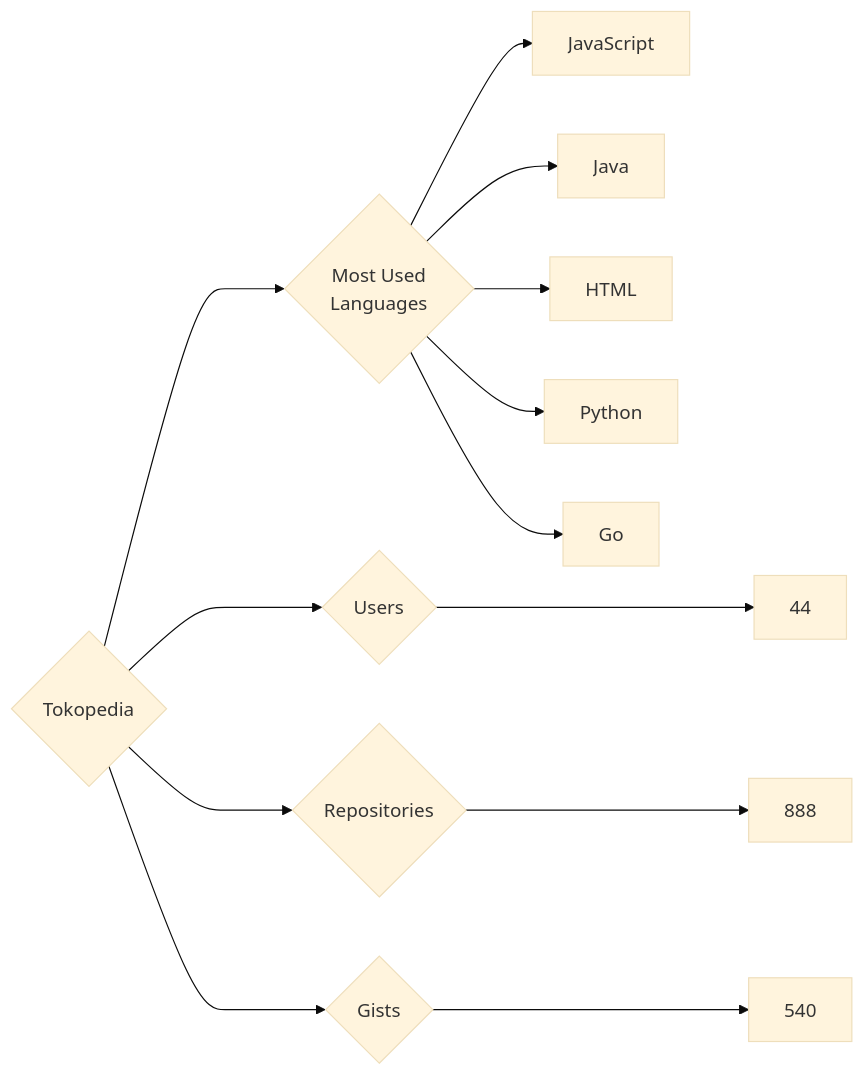
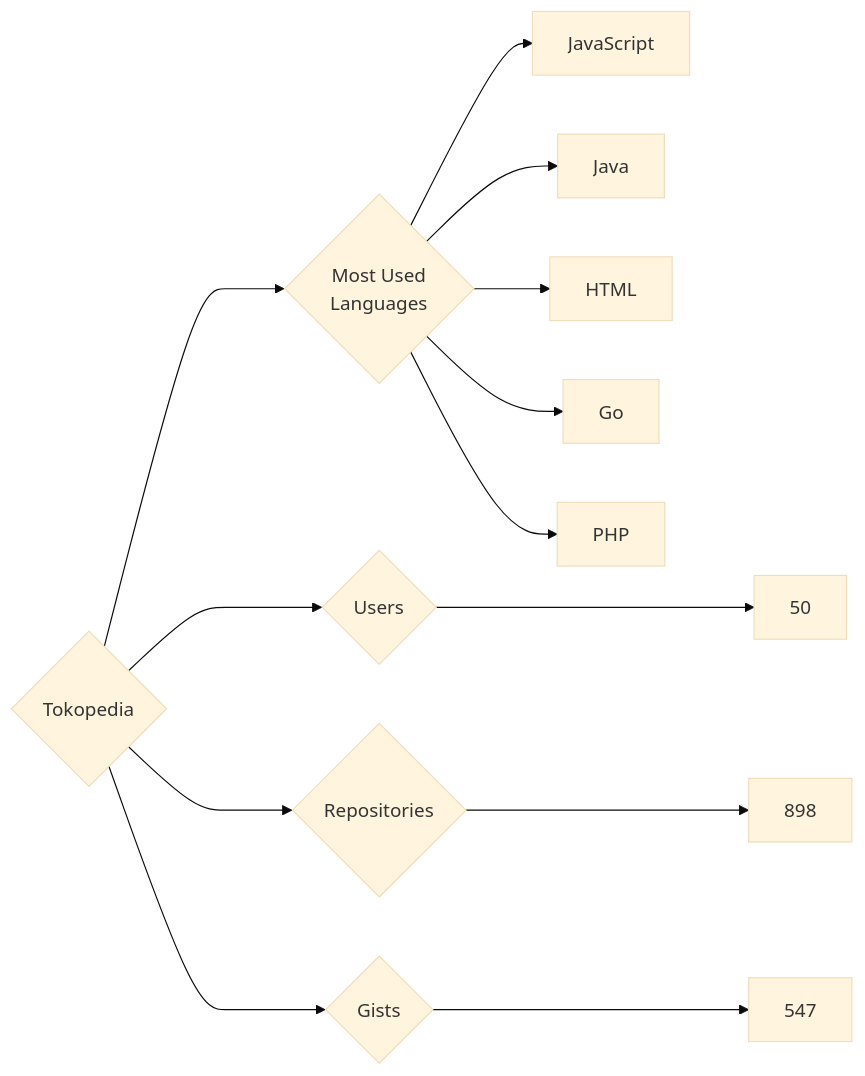
The diagram in targets/Tokopedia/README.md (trickest/insiders), drawn with Mermaid (base theme) before and after one commit. The commit also changed 1011 other files, not shown here.

````diff
--- a/targets/Tokopedia/README.md
+++ b/targets/Tokopedia/README.md
@@ -3,13 +3,13 @@
 ```mermaid
 graph LR
 COMPANY_NAME{Tokopedia}
-COMPANY_NAME ---> U{Users} ---> UN[44]
-COMPANY_NAME ---> R{Repositories} ---> RN[888]
-COMPANY_NAME ---> G{Gists} ---> GN[540]
+COMPANY_NAME ---> U{Users} ---> UN[50]
+COMPANY_NAME ---> R{Repositories} ---> RN[898]
+COMPANY_NAME ---> G{Gists} ---> GN[547]
 COMPANY_NAME ---> ML{Most Used<br>Languages}
 ML --> JavaScript[JavaScript]
 ML --> Java[Java]
 ML --> HTML[HTML]
-ML --> Python[Python]
 ML --> Go[Go]
+ML --> PHP[PHP]
 ```
````
